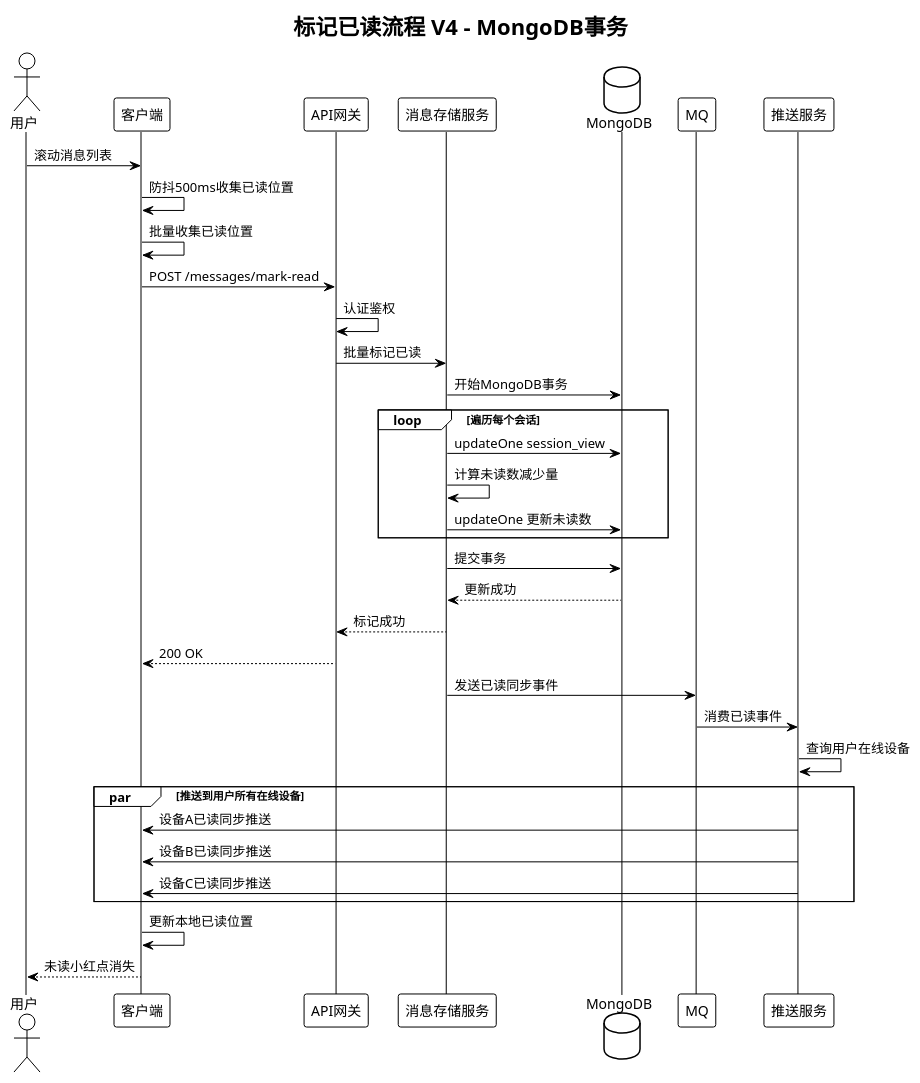
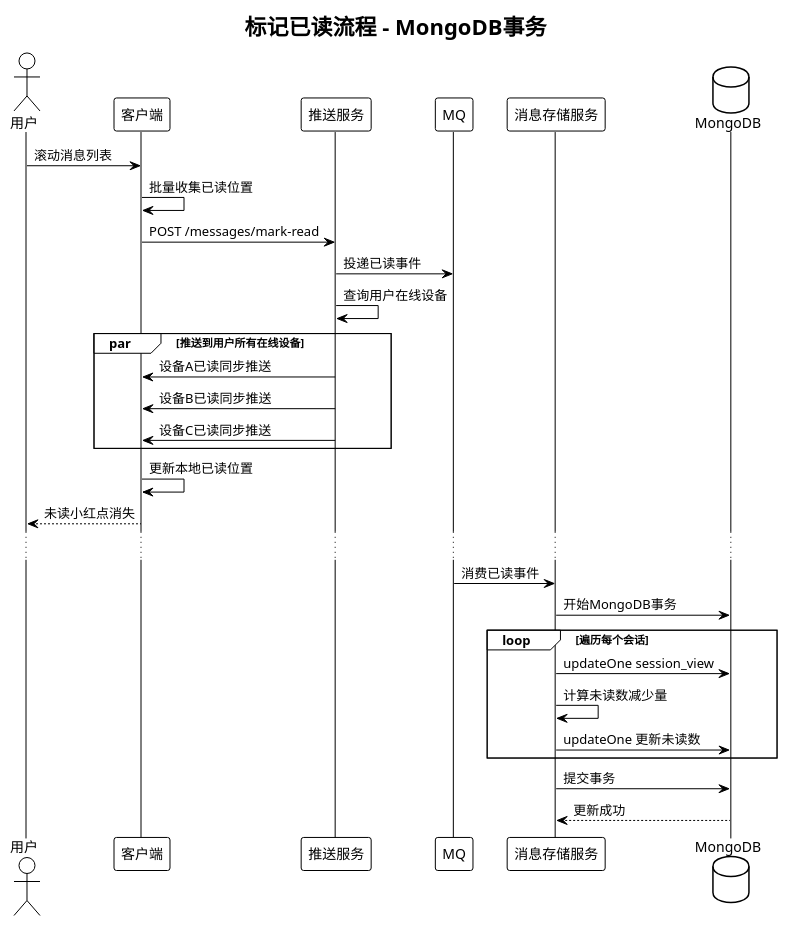
One commit to bluemacaw-zhou/note changed the diagram in im/flow-mark-read.md. Above: the diagram before and after it, drawn with PlantUML.

````diff
--- a/im/flow-mark-read.md
+++ b/im/flow-mark-read.md
@@ -1,61 +1,53 @@
 ```plantuml
 @startuml 标记已读流程V4
 !theme plain
 
-title 标记已读流程 V4 - MongoDB事务
+title 标记已读流程 - MongoDB事务
 
 actor 用户 as User
 participant "客户端" as Client
-participant "API网关" as Gateway
+participant "推送服务" as PushSvc
+participant "MQ" as MQ
 participant "消息存储服务" as StorageSvc
 database "MongoDB" as MongoDB
-participant "MQ" as MQ
-participant "推送服务" as PushSvc
 
 User -> Client: 滚动消息列表
 
-Client -> Client: 防抖500ms收集已读位置
-
 Client -> Client: 批量收集已读位置
 
-Client -> Gateway: POST /messages/mark-read
+Client -> PushSvc: POST /messages/mark-read
 
-Gateway -> Gateway: 认证鉴权
+PushSvc -> MQ: 投递已读事件
 
-Gateway -> StorageSvc: 批量标记已读
+PushSvc -> PushSvc: 查询用户在线设备
+
+par 推送到用户所有在线设备
+    PushSvc -> Client: 设备A已读同步推送
+    PushSvc -> Client: 设备B已读同步推送
+    PushSvc -> Client: 设备C已读同步推送
+end
+
+Client -> Client: 更新本地已读位置
+
+Client --> User: 未读小红点消失
+
+...
+
+MQ -> StorageSvc: 消费已读事件
 
 StorageSvc -> MongoDB: 开始MongoDB事务
 
 loop 遍历每个会话
     StorageSvc -> MongoDB: updateOne session_view
     StorageSvc -> StorageSvc: 计算未读数减少量
     StorageSvc -> MongoDB: updateOne 更新未读数
 end
 
 StorageSvc -> MongoDB: 提交事务
 
 MongoDB --> StorageSvc: 更新成功
 
-StorageSvc --> Gateway: 标记成功
-
-Gateway --> Client: 200 OK
-
-StorageSvc -> MQ: 发送已读同步事件
-
-MQ -> PushSvc: 消费已读事件
-
-PushSvc -> PushSvc: 查询用户在线设备
-
-par 推送到用户所有在线设备
-    PushSvc -> Client: 设备A已读同步推送
-    PushSvc -> Client: 设备B已读同步推送
-    PushSvc -> Client: 设备C已读同步推送
-end
-
-Client -> Client: 更新本地已读位置
-
-Client --> User: 未读小红点消失
 
 @enduml
 
 ```
````
